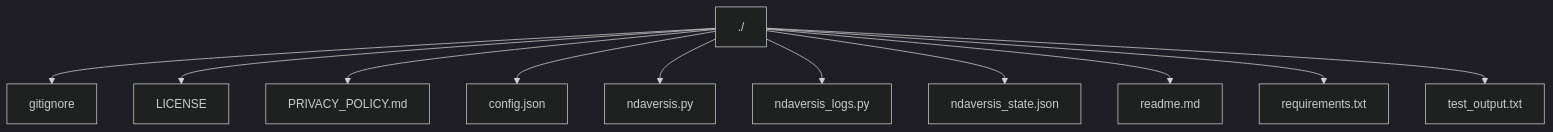
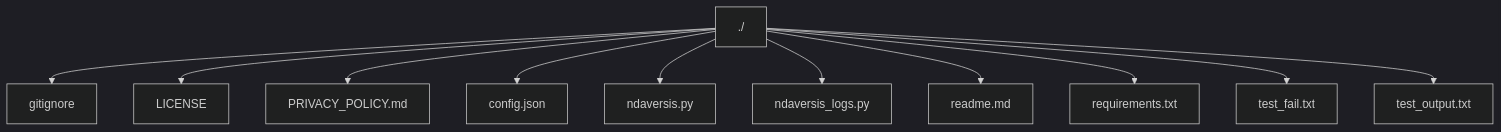
Before and after one commit to lystwork/ndaversis: the third of 7 diagrams in readme.md, drawn with Mermaid (dark theme). The commit also changed other lines of this file and 3 other files, not shown here.

````diff
--- a/readme.md
+++ b/readme.md
@@ -315,14 +316,14 @@
 ```mermaid
 graph TD
     Root[./]
     Root --> node_gitignore["gitignore"]
     Root --> node_LICENSE["LICENSE"]
     Root --> node_PRIVACY_POLICY_md["PRIVACY_POLICY.md"]
     Root --> node_config_json["config.json"]
     Root --> node_ndaversis_py["ndaversis.py"]
     Root --> node_ndaversis_logs_py["ndaversis_logs.py"]
-    Root --> node_ndaversis_state_json["ndaversis_state.json"]
     Root --> node_readme_md["readme.md"]
     Root --> node_requirements_txt["requirements.txt"]
+    Root --> node_test_fail_txt["test_fail.txt"]
     Root --> node_test_output_txt["test_output.txt"]
 ```
````
